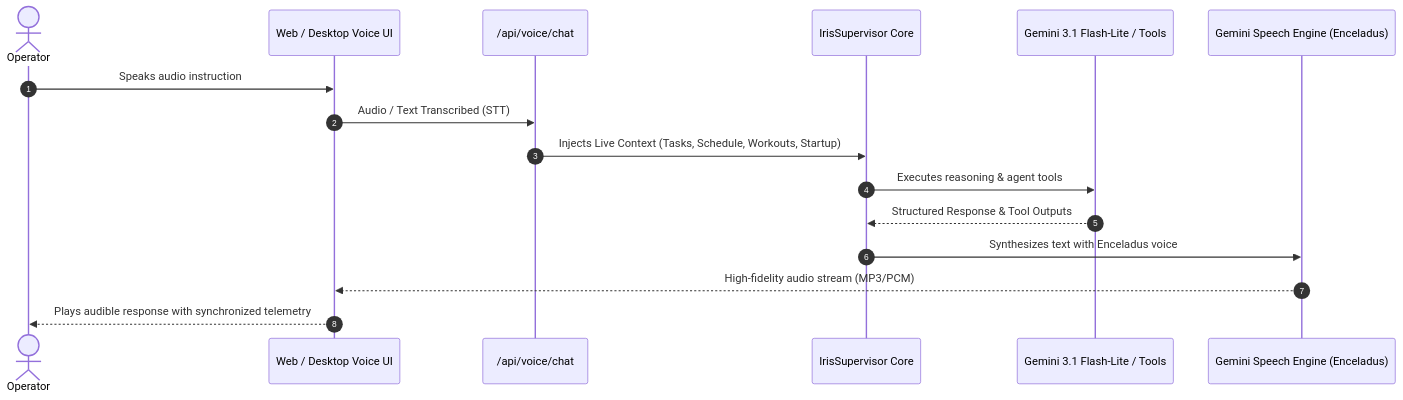
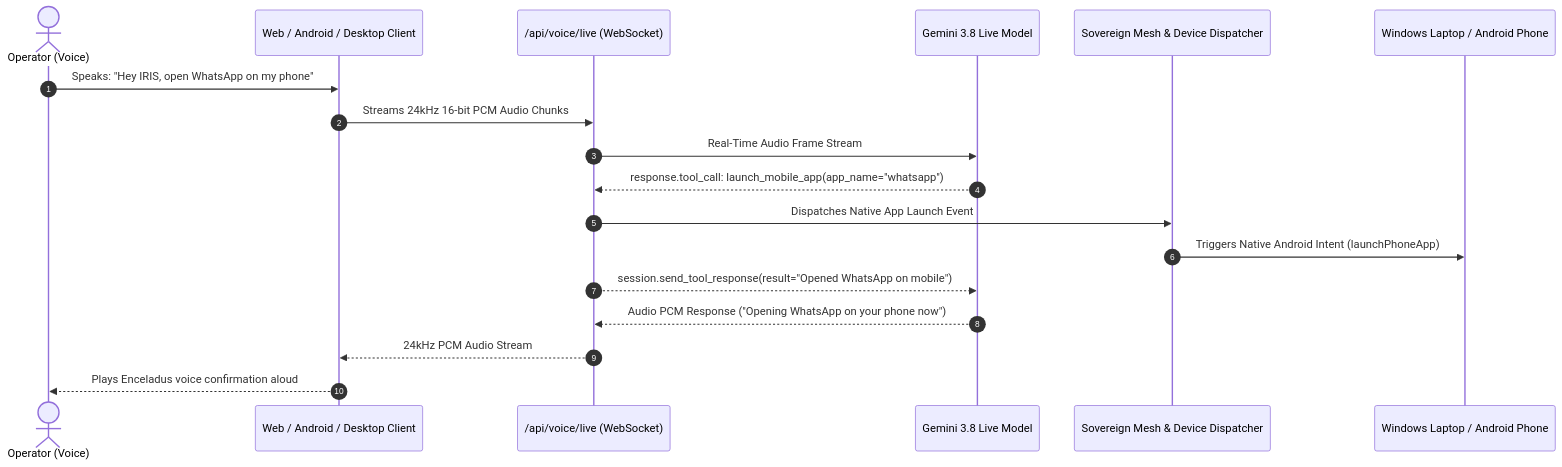
One commit to KIRTAN0902/IRIS changed the fourth of 5 diagrams in KNOWLEDGE_TRANSFER.md. Above: the diagram before and after it, drawn with Mermaid. The commit also changed other lines of this file, not shown here.

````diff
--- a/KNOWLEDGE_TRANSFER.md
+++ b/KNOWLEDGE_TRANSFER.md
@@ -211,19 +228,21 @@
 ```mermaid
 sequenceDiagram
     autonumber
-    actor User as Operator
-    participant Client as Web / Desktop Voice UI
-    participant VoiceRouter as /api/voice/chat
-    participant Supervisor as IrisSupervisor Core
-    participant Model as Gemini 3.1 Flash-Lite / Tools
-    participant GeminiTTS as Gemini Speech Engine (Enceladus)
+    actor User as Operator (Voice)
+    participant Client as Web / Android / Desktop Client
+    participant LiveWS as /api/voice/live (WebSocket)
+    participant GeminiLive as Gemini 3.8 Live Model
+    participant Mesh as Sovereign Mesh & Device Dispatcher
+    participant Device as Windows Laptop / Android Phone
 
-    User->>Client: Speaks audio instruction
-    Client->>VoiceRouter: Audio / Text Transcribed (STT)
-    VoiceRouter->>Supervisor: Injects Live Context (Tasks, Schedule, Workouts, Startup)
-    Supervisor->>Model: Executes reasoning & agent tools
-    Model-->>Supervisor: Structured Response & Tool Outputs
-    Supervisor->>GeminiTTS: Synthesizes text with Enceladus voice
-    GeminiTTS-->>Client: High-fidelity audio stream (MP3/PCM)
-    Client-->>User: Plays audible response with synchronized telemetry
+    User->>Client: Speaks: "Hey IRIS, open WhatsApp on my phone"
+    Client->>LiveWS: Streams 24kHz 16-bit PCM Audio Chunks
+    LiveWS->>GeminiLive: Real-Time Audio Frame Stream
+    GeminiLive-->>LiveWS: response.tool_call: launch_mobile_app(app_name="whatsapp")
+    LiveWS->>Mesh: Dispatches Native App Launch Event
+    Mesh->>Device: Triggers Native Android Intent (launchPhoneApp)
+    LiveWS-->>GeminiLive: session.send_tool_response(result="Opened WhatsApp on mobile")
+    GeminiLive-->>LiveWS: Audio PCM Response ("Opening WhatsApp on your phone now")
+    LiveWS-->>Client: 24kHz PCM Audio Stream
+    Client-->>User: Plays Enceladus voice confirmation aloud
 ```
````
